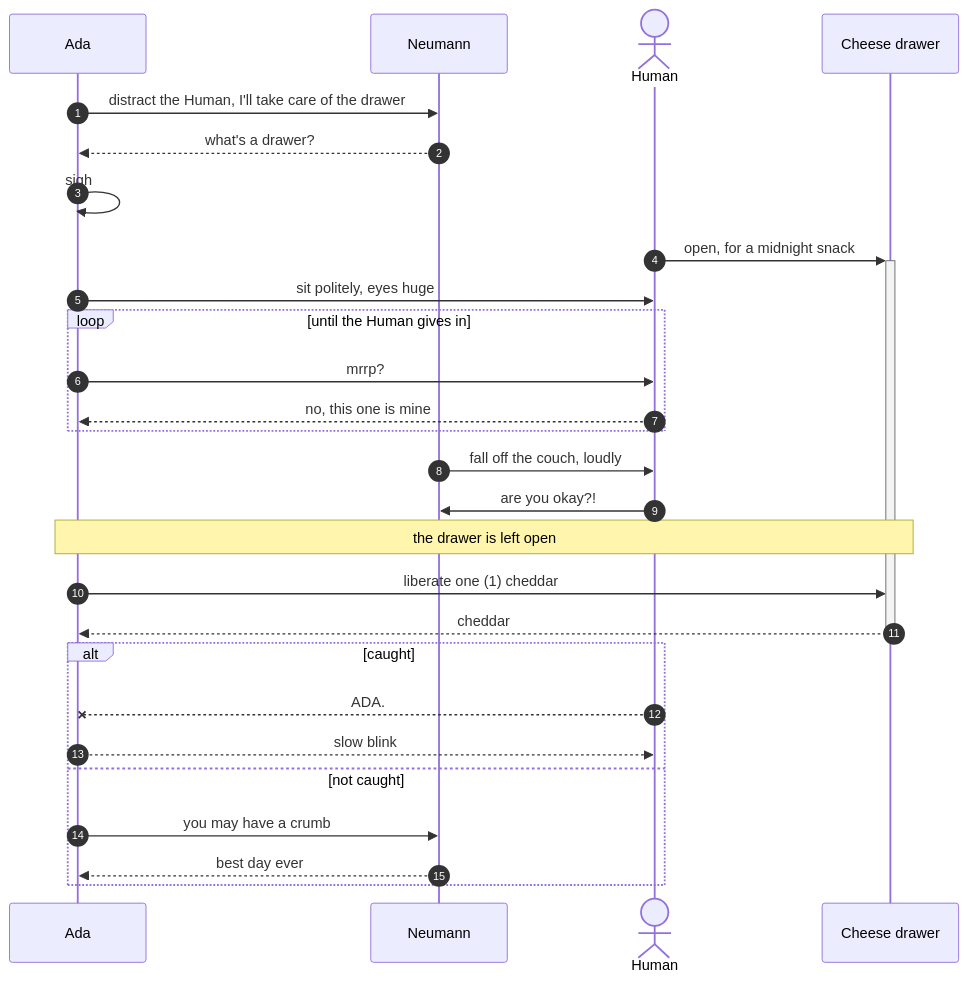
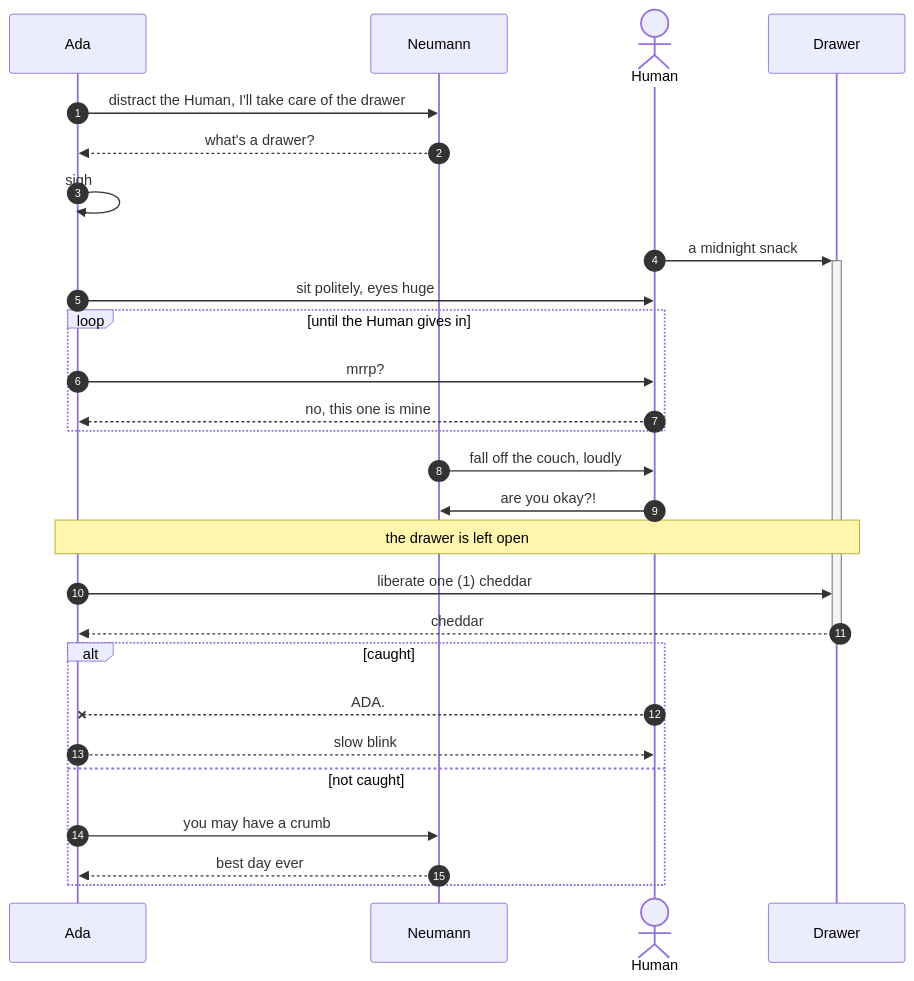
One commit to junkdog/ada-md changed the first of 3 diagrams in demo/notes/diagrams.md. Above: the diagram before and after it, drawn with Mermaid. The commit also changed 38 other files, not shown here.

Commit message:
feat(diagram): draw mermaid gantt charts as text

````diff
--- a/demo/notes/diagrams.md
+++ b/demo/notes/diagrams.md
@@ -7,29 +7,29 @@
 ```mermaid
 sequenceDiagram
     participant Ada
     participant Neumann
     actor Human
-    participant Drawer as Cheese drawer
+    participant Drawer
     autonumber
     Ada ->> Neumann: distract the Human, I'll take care of the drawer
     Neumann -->> Ada: what's a drawer?
     Ada ->> Ada: sigh
-    Human ->>+ Drawer: open, for a midnight snack
+    Human ->>+ Drawer: a midnight snack
     Ada ->> Human: sit politely, eyes huge
     loop until the Human gives in
         Ada ->> Human: mrrp?
         Human -->> Ada: no, this one is mine
     end
     Neumann ->> Human: fall off the couch, loudly
     Human ->> Neumann: are you okay?!
     Note over Ada,Drawer: the drawer is left open
     Ada ->> Drawer: liberate one (1) cheddar
     Drawer -->>- Ada: cheddar
     alt caught
         Human --x Ada: ADA.
         Ada -->> Human: slow blink
     else not caught
         Ada ->> Neumann: you may have a crumb
         Neumann -->> Ada: best day ever
     end
 ```
````
